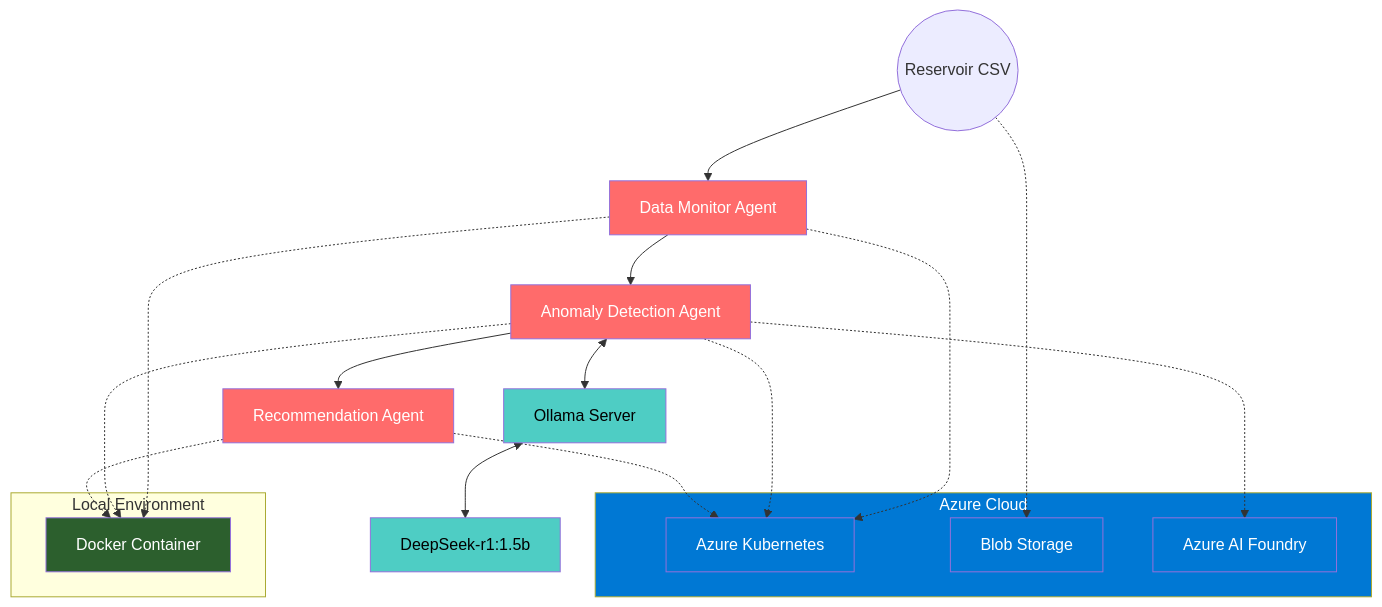
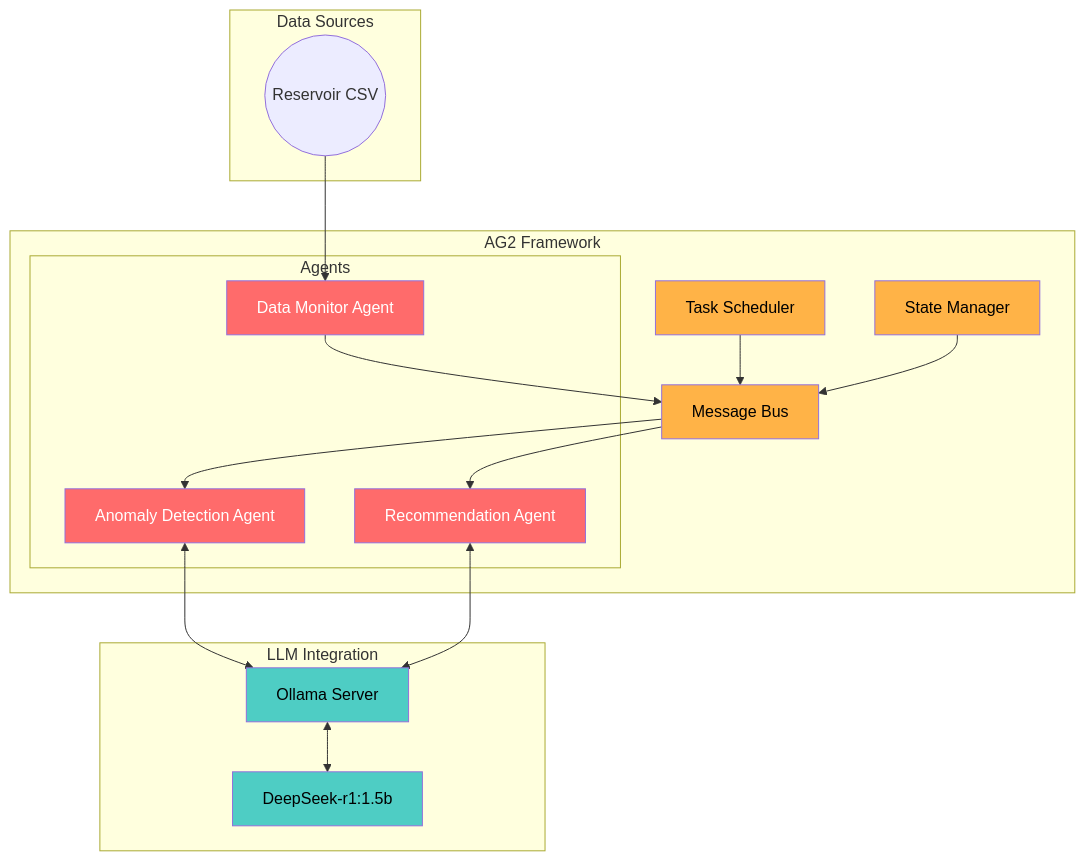
Before and after one commit to hamzaelghoujdami/reservoir-ai: the diagram in README.md, drawn with Mermaid.

````diff
--- a/README.md
+++ b/README.md
@@ -19,40 +19,43 @@
 ```mermaid
 graph TD
-    CSV((Reservoir CSV)) --> DMA[Data Monitor Agent]
-    DMA --> ADA[Anomaly Detection Agent]
-    ADA --> RA[Recommendation Agent]
-    ADA <--> OLLAMA[Ollama Server]
-    OLLAMA <--> DS[DeepSeek-r1:1.5b]
+    subgraph "Data Sources"
+        CSV((Reservoir CSV))
+    end
+
+    subgraph "AG2 Framework"
+        MSG[Message Bus]
+        SCHED[Task Scheduler]
+        STATE[State Manager]
+        
+        subgraph "Agents"
+            DMA[Data Monitor Agent]
+            ADA[Anomaly Detection Agent]
+            RA[Recommendation Agent]
+        end
+    end
+
+    subgraph "LLM Integration"
+        OLLAMA[Ollama Server]
+        DS[DeepSeek-r1:1.5b]
+    end
+
+    CSV --> DMA
+    DMA --> MSG
+    MSG --> ADA
+    MSG --> RA
+    ADA <--> OLLAMA
+    RA <--> OLLAMA
+    OLLAMA <--> DS
     
-    subgraph Local["Local Environment"]
-        DOCKER[Docker Container]
-    end
-    
-    subgraph Azure["Azure Cloud"]
-        AKS[Azure Kubernetes]
-        BLOB[Blob Storage]
-        AIF[Azure AI Foundry]
-    end
-    
-    DMA -.-> DOCKER
-    ADA -.-> DOCKER
-    RA -.-> DOCKER
-    
-    DMA -.-> AKS
-    ADA -.-> AKS
-    RA -.-> AKS
-    CSV -.-> BLOB
-    ADA -.-> AIF
+    SCHED --> MSG
+    STATE --> MSG
     
     style DMA fill:#FF6B6B,color:white
     style ADA fill:#FF6B6B,color:white
     style RA fill:#FF6B6B,color:white
+    style MSG fill:#FFB347,color:black
+    style SCHED fill:#FFB347,color:black
+    style STATE fill:#FFB347,color:black
     style OLLAMA fill:#4ECDC4,color:black
     style DS fill:#4ECDC4,color:black
-    style DOCKER fill:#2C5F2D,color:white
-    style Azure fill:#0078D4,color:white
-    style AKS fill:#0078D4,color:white
-    style BLOB fill:#0078D4,color:white
-    style AIF fill:#0078D4,color:white
-
 ```
````
